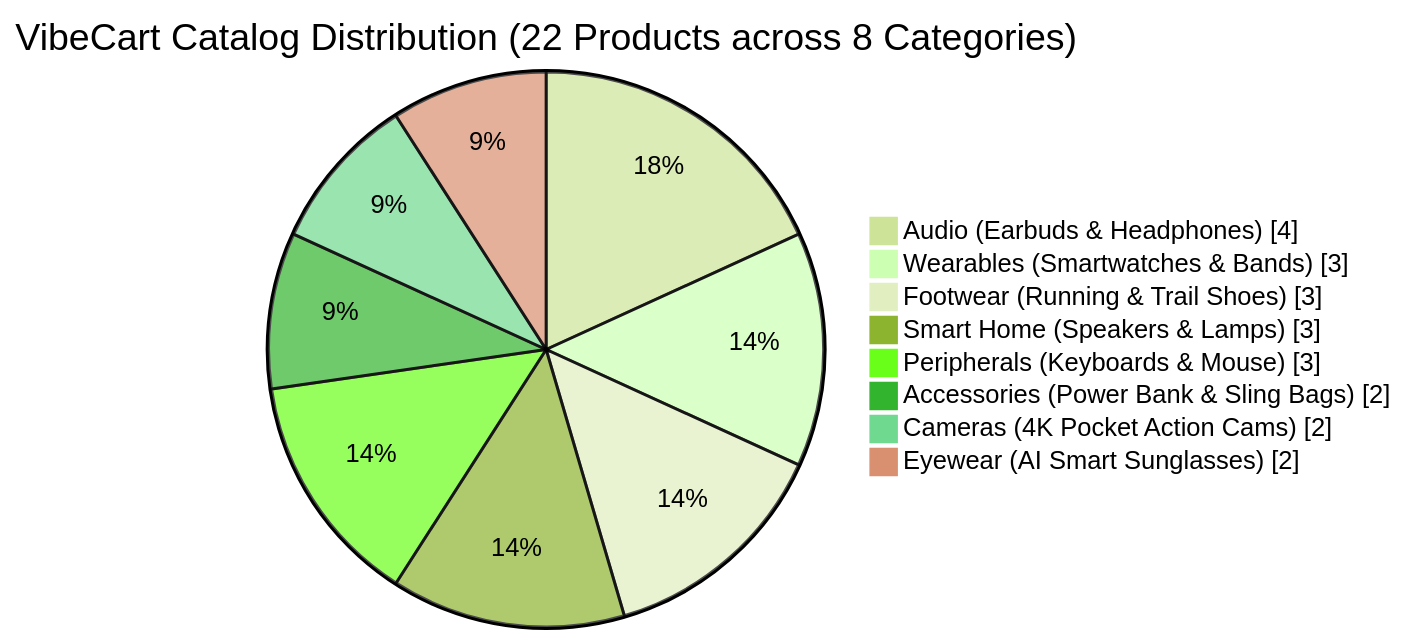
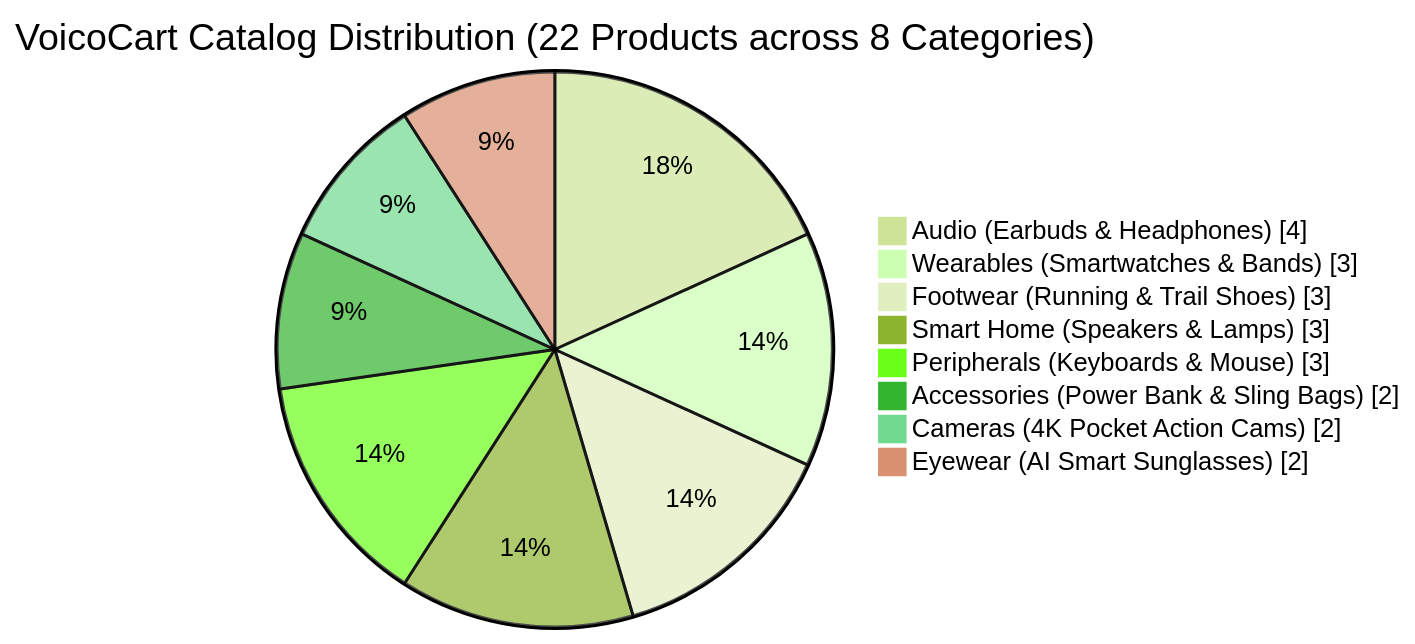
The fourth of 5 diagrams in README1.md (cognosolution-cpu/buildathon), drawn with Mermaid (forest theme) before and after one commit. The commit also changed other lines of this file and 33 other files, not shown here.

First line of the commit message:
chore: rename project from VibeCart to VoicoCart

````diff
--- a/README1.md
+++ b/README1.md
@@ -222,12 +222,12 @@
 ```mermaid
 pie showData
-    title VibeCart Catalog Distribution (22 Products across 8 Categories)
+    title VoicoCart Catalog Distribution (22 Products across 8 Categories)
     "Audio (Earbuds & Headphones)" : 4
     "Wearables (Smartwatches & Bands)" : 3
     "Footwear (Running & Trail Shoes)" : 3
     "Smart Home (Speakers & Lamps)" : 3
     "Peripherals (Keyboards & Mouse)" : 3
     "Accessories (Power Bank & Sling Bags)" : 2
     "Cameras (4K Pocket Action Cams)" : 2
     "Eyewear (AI Smart Sunglasses)" : 2
 ```
````
